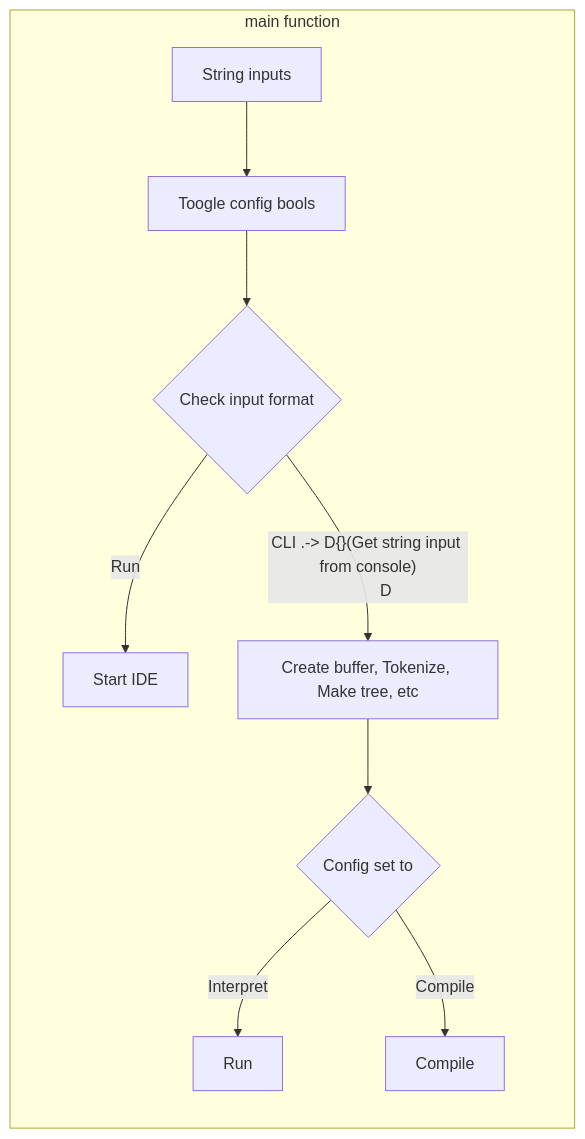
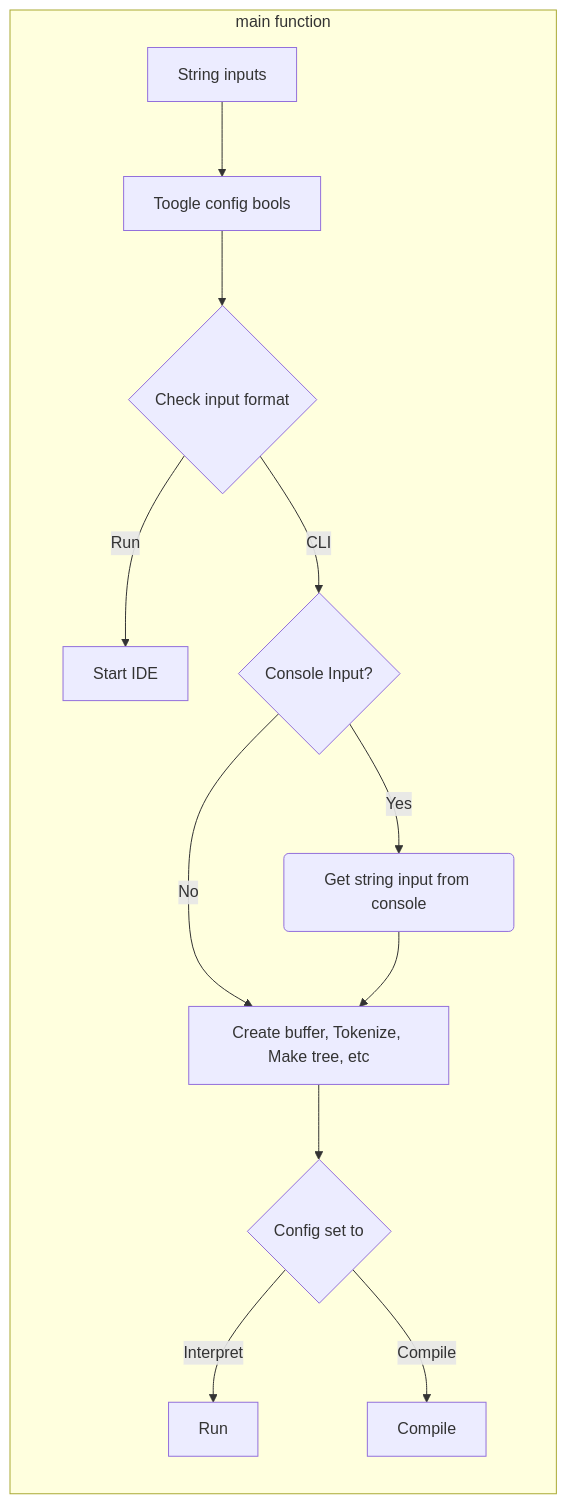
Before and after one commit to Jzhyang1/Monomer: the sixth of 6 diagrams in Implementation.md, drawn with Mermaid. The commit also changed other lines of this file, not shown here.

Commit message:
Implementation.md updated from https://stackedit.io/

````diff
--- a/Implementation.md
+++ b/Implementation.md
@@ -229,13 +229,15 @@
 ```mermaid
 graph LR
 subgraph sg1["main function"]
 	A[String inputs] --> B[Toogle config bools]
 	B --> C{Check input format}
-	C -- Run --> E[Start IDE]
-	C -- CLI .-> D{}(Get string input from console)
-	D --> I[Create buffer, Tokenize, Make tree, etc]
+	C -- Run --> H[Start IDE]
+	C -- CLI --> D{Console Input?}
+	D -- Yes --> E(Get string input from console)
+	D -- No --> I[Create buffer, Tokenize, Make tree, etc]
+	E --> I
 	I --> J{Config set to}
 	J -- Interpret --> K[Run]
 	J -- Compile --> L[Compile]
 end
 ```
````
